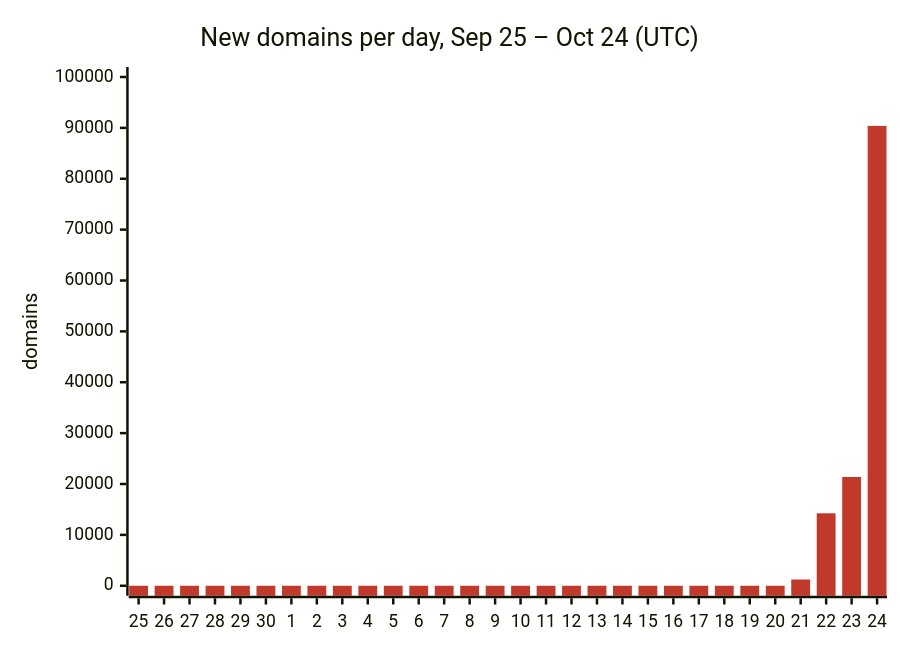
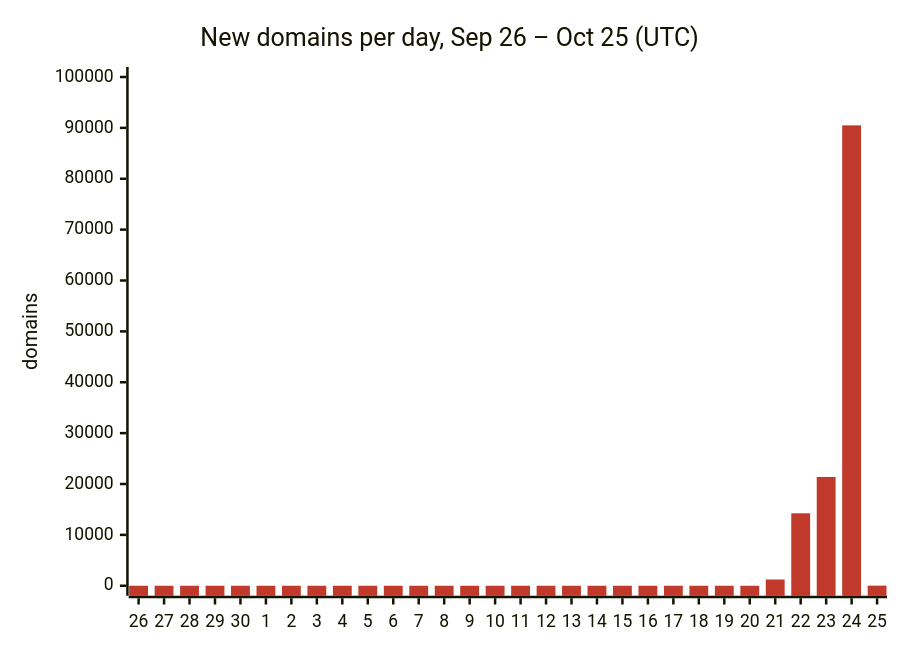
The first of 3 diagrams in README.md (DNSBunker/CTI), drawn with Mermaid before and after one commit. The commit also changed other lines of this file and 3 other files, not shown here.

First line of the commit message:
Update 2026-10-25 00:02 UTC: 747132 domains

````diff
--- a/README.md
+++ b/README.md
@@ -29,8 +29,8 @@
 ```mermaid
 %%{init: {"themeVariables": {"xyChart": {"plotColorPalette": "#c0392b"}}}}%%
 xychart-beta
-    title "New domains per day, Sep 25 – Oct 24 (UTC)"
-    x-axis ["25", "26", "27", "28", "29", "30", "1", "2", "3", "4", "5", "6", "7", "8", "9", "10", "11", "12", "13", "14", "15", "16", "17", "18", "19", "20", "21", "22", "23", "24"]
+    title "New domains per day, Sep 26 – Oct 25 (UTC)"
+    x-axis ["26", "27", "28", "29", "30", "1", "2", "3", "4", "5", "6", "7", "8", "9", "10", "11", "12", "13", "14", "15", "16", "17", "18", "19", "20", "21", "22", "23", "24", "25"]
     y-axis "domains" 0 --> 100000
-    bar [0, 0, 0, 0, 0, 0, 0, 0, 0, 0, 0, 0, 0, 0, 0, 0, 0, 0, 0, 0, 0, 0, 0, 0, 0, 0, 1227, 14240, 21381, 90385]
+    bar [0, 0, 0, 0, 0, 0, 0, 0, 0, 0, 0, 0, 0, 0, 0, 0, 0, 0, 0, 0, 0, 0, 0, 0, 0, 1227, 14240, 21381, 90492, 20]
 ```
````
